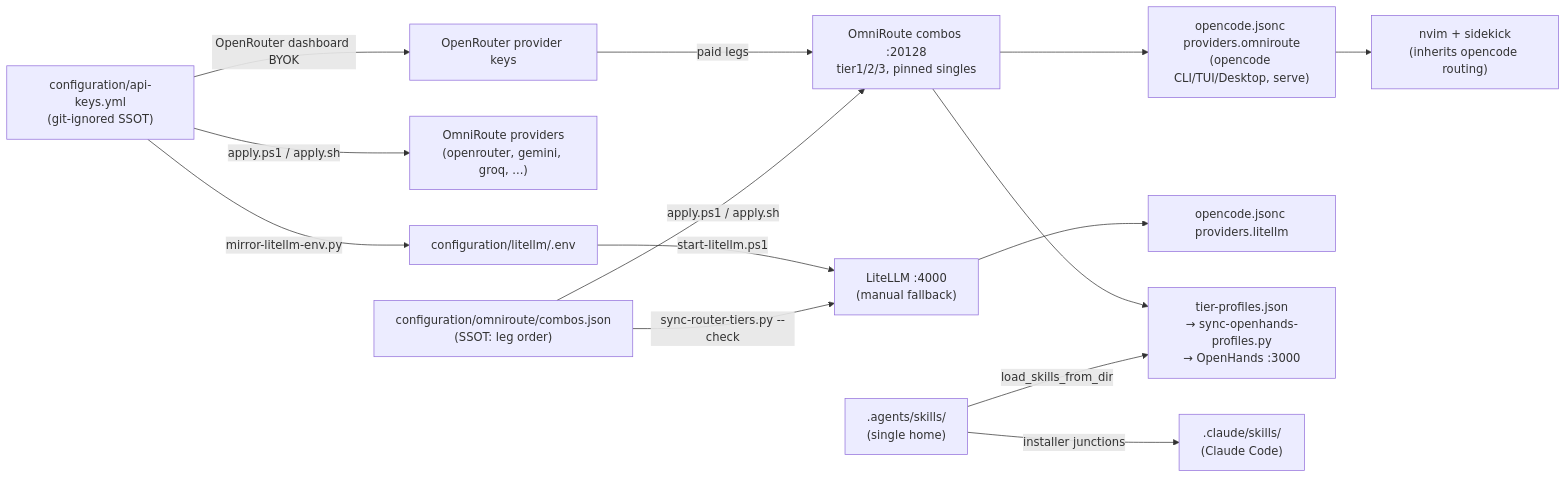
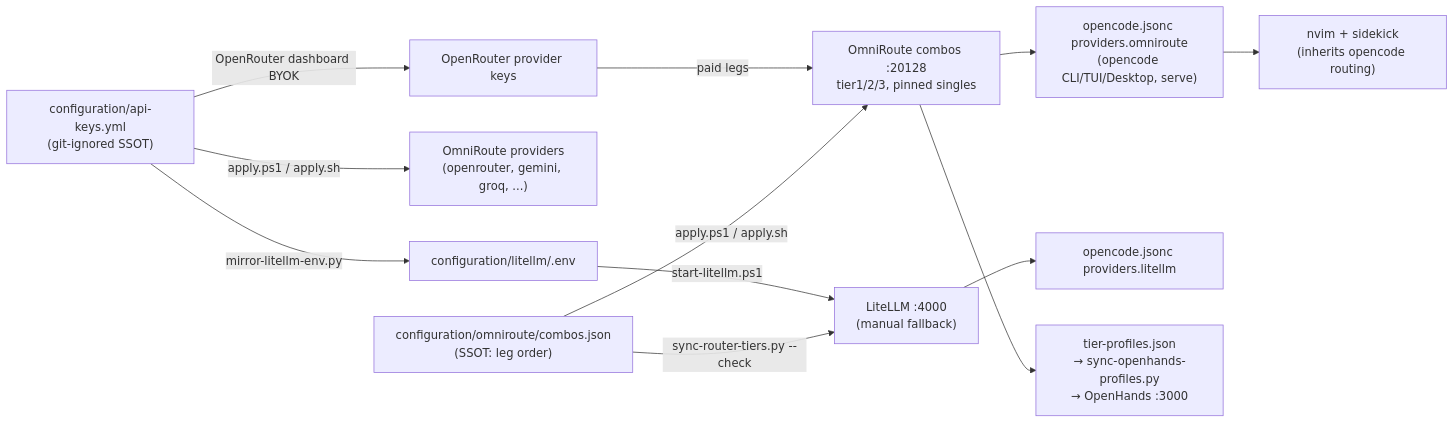
The diagram in docs/routing.md (Ch3fUlrich/AutoOS), drawn with Mermaid before and after one commit. The commit also changed 10 other files, not shown here.

````diff
--- a/docs/routing.md
+++ b/docs/routing.md
@@ -7,17 +7,15 @@
 ```mermaid
 flowchart LR
     K["configuration/api-keys.yml\n(git-ignored SSOT)"]
     K -->|mirror-litellm-env.py| LENV["configuration/litellm/.env"]
     K -->|apply.ps1 / apply.sh| OMPROV["OmniRoute providers\n(openrouter, gemini, groq, ...)"]
     K -->|OpenRouter dashboard BYOK| ORK["OpenRouter provider keys"]
     ORK -->|paid legs| COMBO
     LENV -->|start-litellm.ps1| LITE["LiteLLM :4000\n(manual fallback)"]
     C["configuration/omniroute/combos.json\n(SSOT: leg order)"] -->|apply.ps1 / apply.sh| COMBO["OmniRoute combos :20128\ntier1/2/3, pinned singles"]
     C -->|sync-router-tiers.py --check| LITE
     COMBO --> OC["opencode.jsonc providers.omniroute\n(opencode CLI/TUI/Desktop, serve)"]
     LITE --> OCLITE["opencode.jsonc providers.litellm"]
     COMBO --> OH["tier-profiles.json\n→ sync-openhands-profiles.py\n→ OpenHands :3000"]
     OC --> NVIM["nvim + sidekick\n(inherits opencode routing)"]
-    SK[".agents/skills/\n(single home)"] -->|installer junctions| CL[".claude/skills/\n(Claude Code)"]
-    SK -->|load_skills_from_dir| OH
 ```
````
